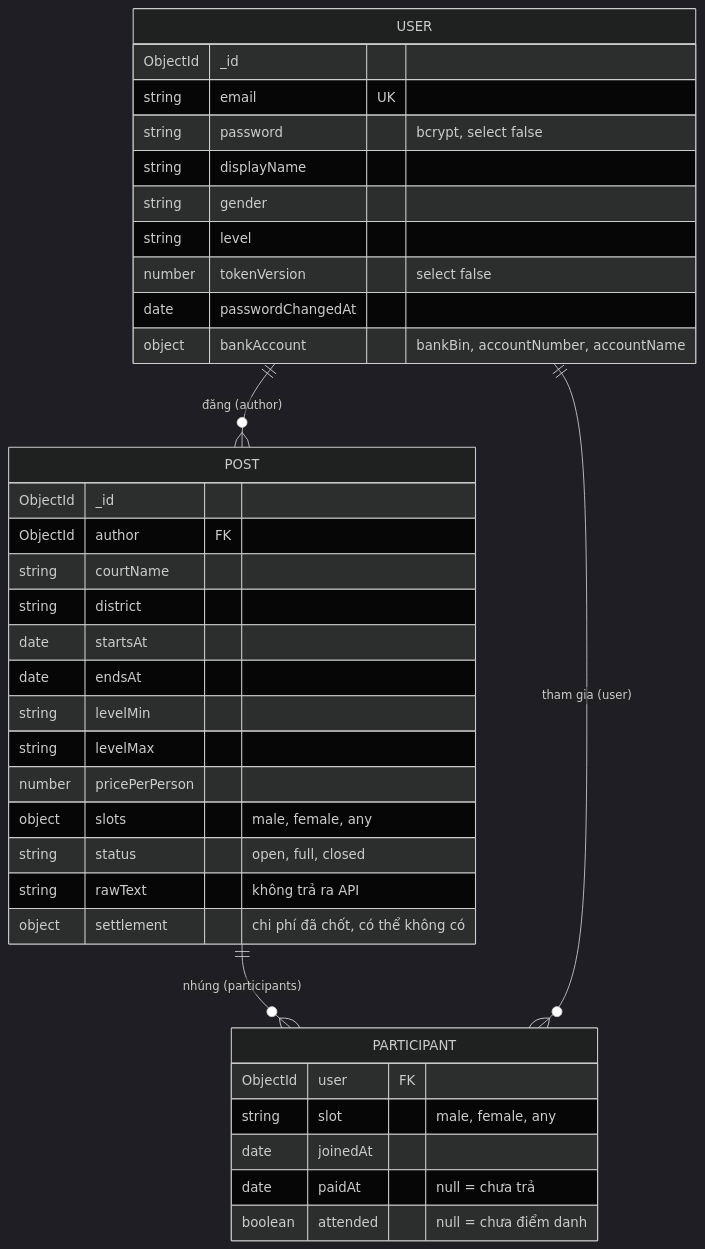
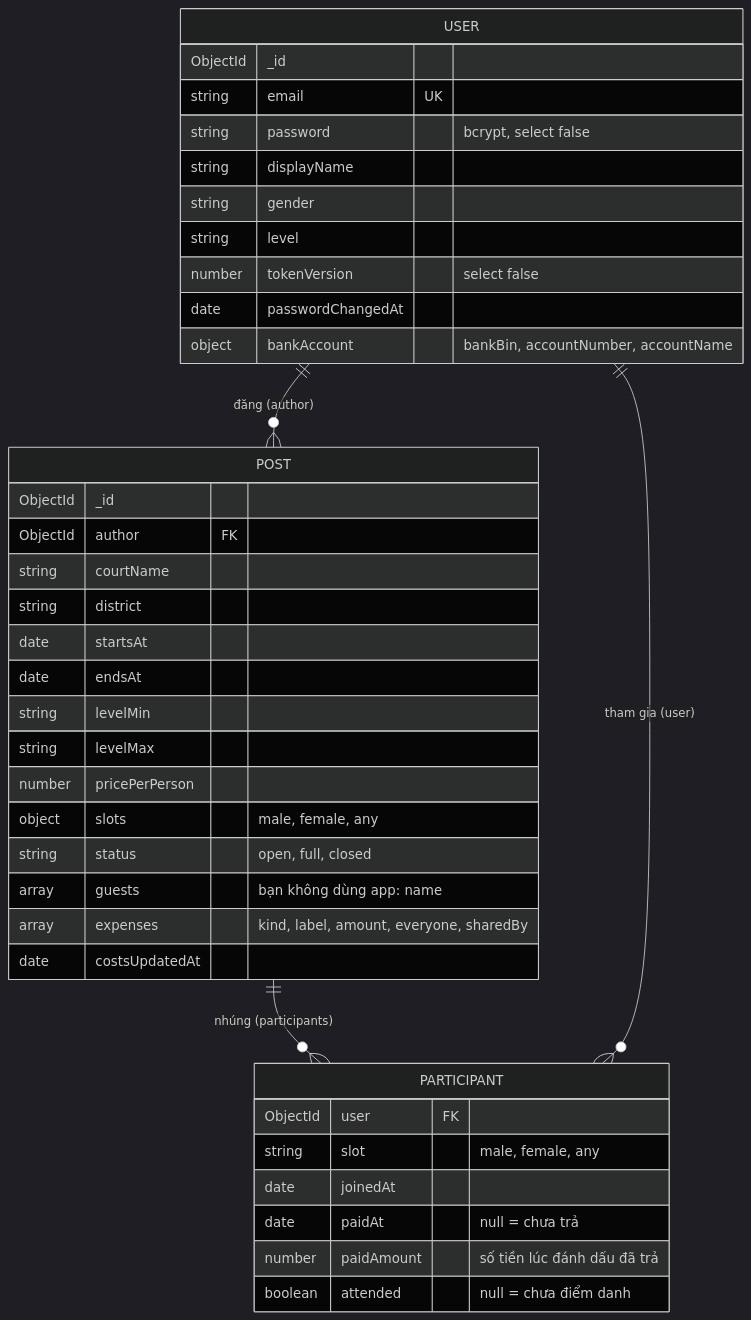
The diagram in docs/database.md (DucManh300905/Badminton-Matching), drawn with Mermaid (dark theme) before and after one commit. The commit also changed other lines of this file and 48 other files, not shown here.

Commit message:
feat: chi phi theo tung khoan (chon nguoi chiu, ban khong dung app, con thieu / tra du, diem danh); go bo trich xuat bai dang

````diff
--- a/docs/database.md
+++ b/docs/database.md
@@ -21,40 +21,42 @@
 ```mermaid
 erDiagram
     USER ||--o{ POST : "đăng (author)"
     POST ||--o{ PARTICIPANT : "nhúng (participants)"
     USER ||--o{ PARTICIPANT : "tham gia (user)"
 
     USER {
         ObjectId _id
         string email UK
         string password "bcrypt, select false"
         string displayName
         string gender
         string level
         number tokenVersion "select false"
         date passwordChangedAt
         object bankAccount "bankBin, accountNumber, accountName"
     }
     POST {
         ObjectId _id
         ObjectId author FK
         string courtName
         string district
         date startsAt
         date endsAt
         string levelMin
         string levelMax
         number pricePerPerson
         object slots "male, female, any"
         string status "open, full, closed"
-        string rawText "không trả ra API"
-        object settlement "chi phí đã chốt, có thể không có"
+        array guests "bạn không dùng app: name"
+        array expenses "kind, label, amount, everyone, sharedBy"
+        date costsUpdatedAt
     }
     PARTICIPANT {
         ObjectId user FK
         string slot "male, female, any"
         date joinedAt
         date paidAt "null = chưa trả"
+        number paidAmount "số tiền lúc đánh dấu đã trả"
         boolean attended "null = chưa điểm danh"
     }
 ```
````
